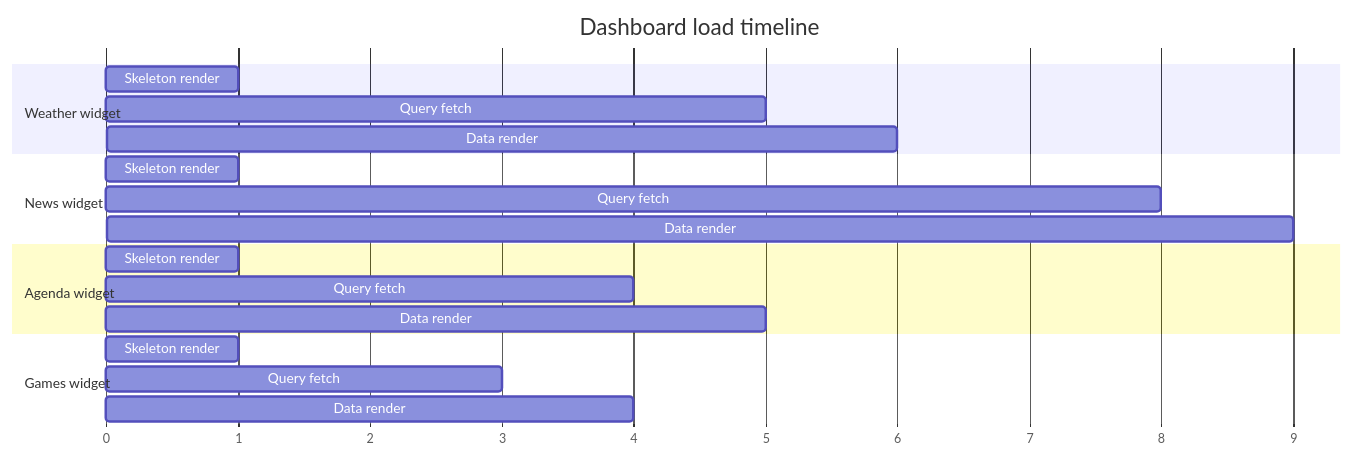
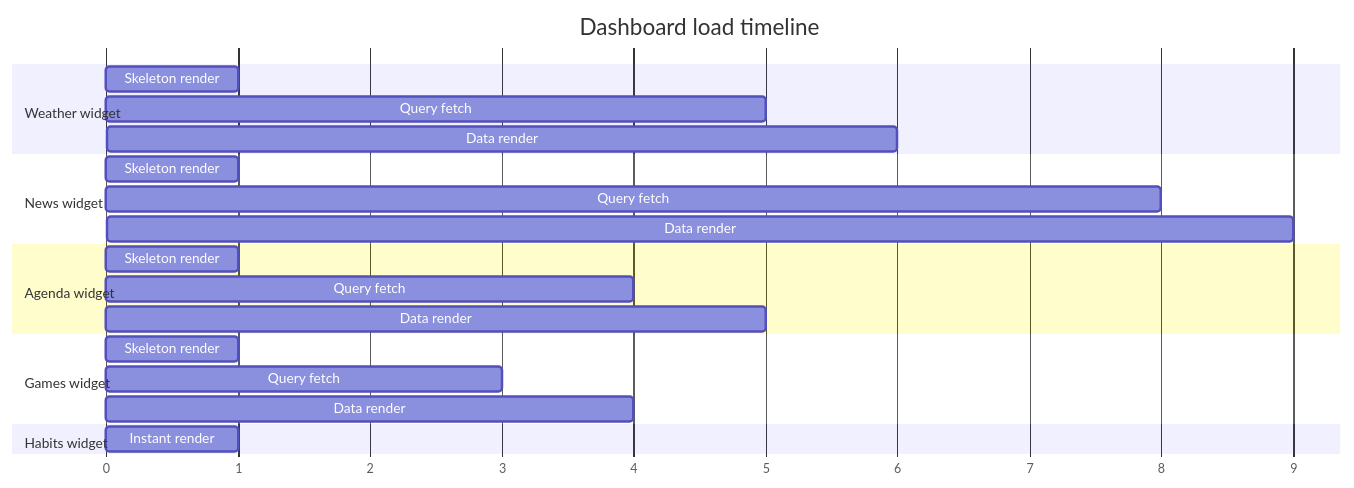
Before and after one commit to gabrielLoff/dashboard: the fifth of 5 diagrams in docs/architecture/data-flow.md, drawn with Mermaid. The commit also changed other lines of this file and 8 other files, not shown here.

````diff
--- a/docs/architecture/data-flow.md
+++ b/docs/architecture/data-flow.md
@@ -102,26 +144,29 @@
 ```mermaid
 gantt
     title Dashboard load timeline
     dateFormat X
     axisFormat %s
 
     section Weather widget
     Skeleton render       :a1, 0, 1
     Query fetch           :a2, 1, 5
     Data render           :a3, 5, 6
 
     section News widget
     Skeleton render       :b1, 0, 1
     Query fetch           :b2, 1, 8
     Data render           :b3, 8, 9
 
     section Agenda widget
     Skeleton render       :c1, 0, 1
     Query fetch           :c2, 1, 4
     Data render           :c3, 4, 5
 
     section Games widget
     Skeleton render       :d1, 0, 1
     Query fetch           :d2, 1, 3
     Data render           :d3, 3, 4
+
+    section Habits widget
+    Instant render        :e1, 0, 1
 ```
````
